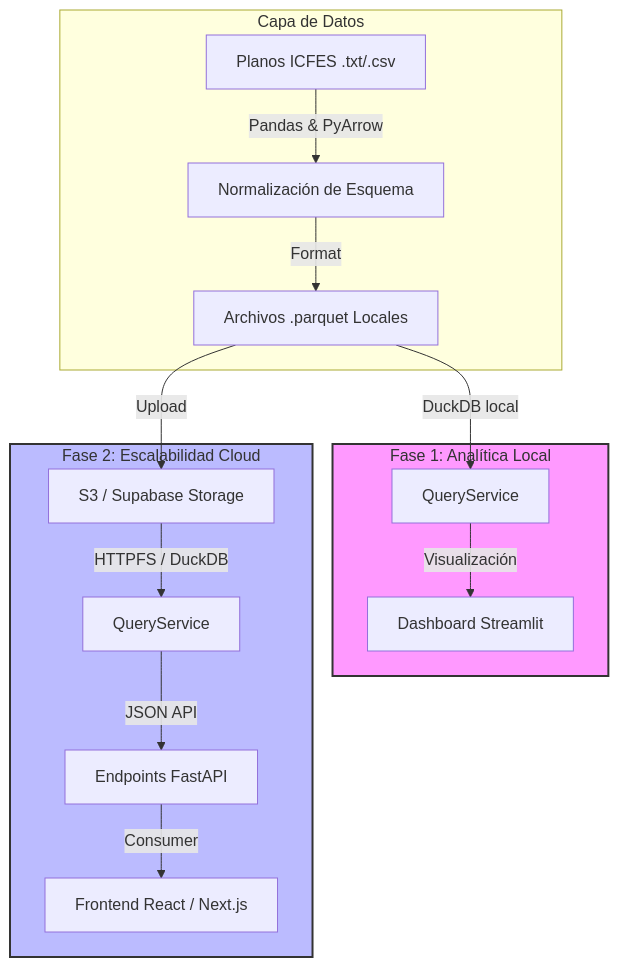
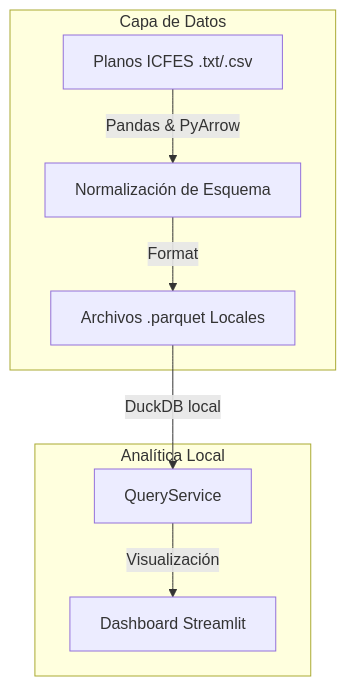
One commit to JuanMillan7818/icfes-saber11-analytics changed the diagram in README.md. Above: the diagram before and after it, drawn with Mermaid. The commit also changed other lines of this file, not shown here.

````diff
--- a/README.md
+++ b/README.md
@@ -32,22 +30,12 @@
 ```mermaid
 graph TD
     subgraph ETL [Capa de Datos]
         Raw[Planos ICFES .txt/.csv] -->|Pandas & PyArrow| Normal[Normalización de Esquema]
         Normal -->|Format| Parquet[Archivos .parquet Locales]
     end
 
-    subgraph Fase1 [Fase 1: Analítica Local]
-        Parquet -->|DuckDB local| QS1[QueryService]
-        QS1 -->|Visualización| Streamlit[Dashboard Streamlit]
+    subgraph Sistema [Analítica Local]
+        Parquet -->|DuckDB local| QS[QueryService]
+        QS -->|Visualización| Streamlit[Dashboard Streamlit]
     end
-
-    subgraph Fase2 [Fase 2: Escalabilidad Cloud]
-        Parquet -->|Upload| Cloud[S3 / Supabase Storage]
-        Cloud -->|HTTPFS / DuckDB| QS2[QueryService]
-        QS2 -->|JSON API| FastAPI[Endpoints FastAPI]
-        FastAPI -->|Consumer| React[Frontend React / Next.js]
-    end
-
-    style Fase1 fill:#f9f,stroke:#333,stroke-width:2px
-    style Fase2 fill:#bbf,stroke:#333,stroke-width:2px
 ```
````
